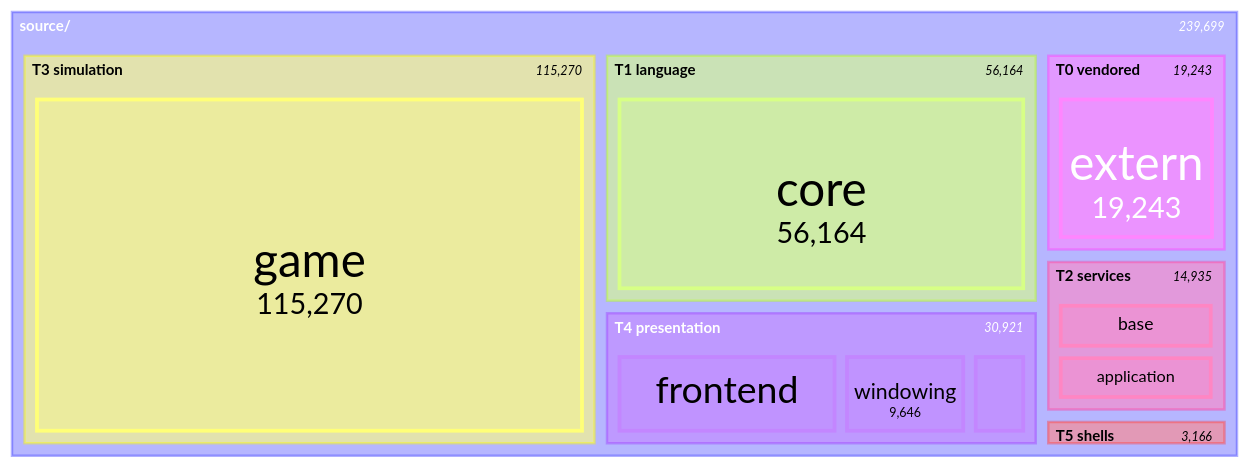
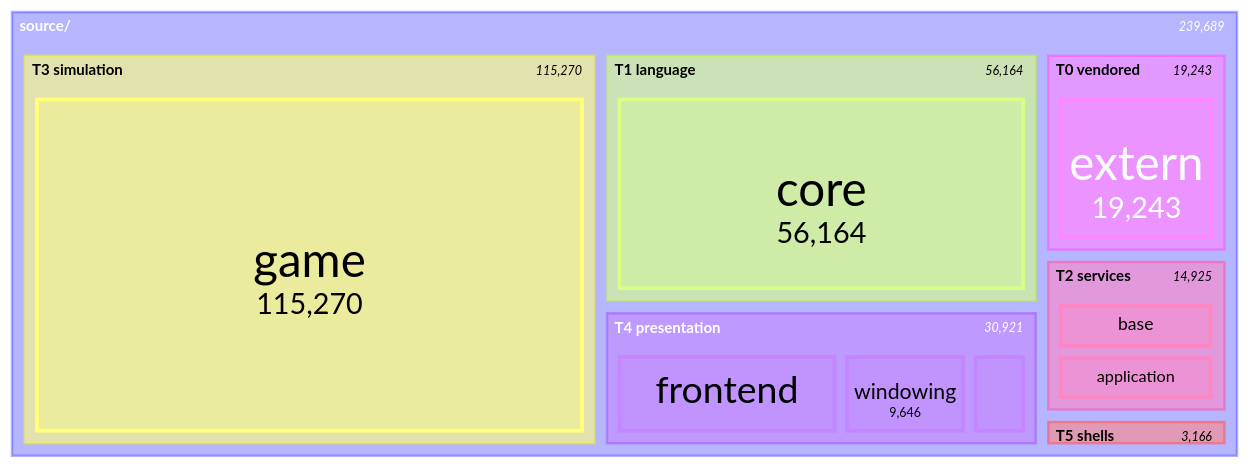
Before and after one commit to apnex/OpenStarbound: the seventh of 11 diagrams in docs/architecture/system-boundaries.md, drawn with Mermaid. The commit also changed other lines of this file and 1 other file, not shown here.

````diff
--- a/docs/architecture/system-boundaries.md
+++ b/docs/architecture/system-boundaries.md
@@ -577,21 +577,21 @@
 ```mermaid
 treemap-beta
 "source/"
     "T0 vendored"
         "extern": 19243
     "T1 language"
         "core": 56164
     "T2 services"
-        "base": 7421
+        "base": 7411
         "application": 7372
         "platform": 142
     "T3 simulation"
         "game": 115270
     "T4 presentation"
         "frontend": 16861
         "windowing": 9646
         "rendering": 4414
     "T5 shells"
         "client": 2383
         "server": 783
 ```
````
